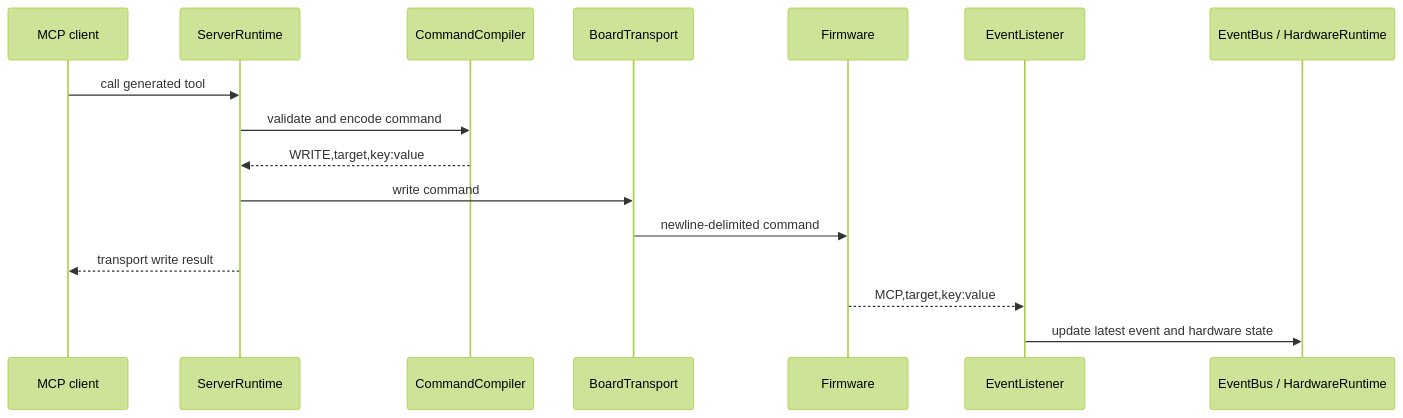
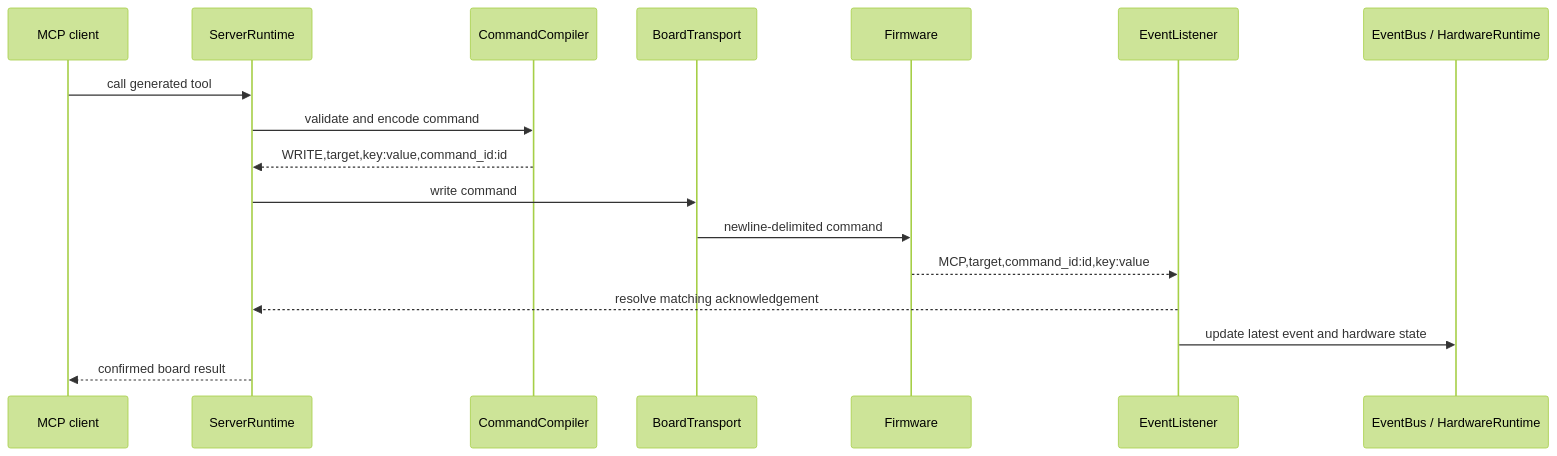
Before and after one commit to BaronLiu1993/gerbera: the third of 4 diagrams in README.md, drawn with Mermaid (forest theme). The commit also changed other lines of this file and 23 other files, not shown here.

````diff
--- a/README.md
+++ b/README.md
@@ -133,19 +138,20 @@
 ```mermaid
 sequenceDiagram
     participant Client as MCP client
     participant Server as ServerRuntime
     participant Compiler as CommandCompiler
     participant Transport as BoardTransport
     participant Firmware
     participant Listener as EventListener
     participant State as EventBus / HardwareRuntime
 
     Client->>Server: call generated tool
     Server->>Compiler: validate and encode command
-    Compiler-->>Server: WRITE,target,key:value
+    Compiler-->>Server: WRITE,target,key:value,command_id:id
     Server->>Transport: write command
     Transport->>Firmware: newline-delimited command
-    Server-->>Client: transport write result
-    Firmware-->>Listener: MCP,target,key:value
+    Firmware-->>Listener: MCP,target,command_id:id,key:value
+    Listener-->>Server: resolve matching acknowledgement
     Listener->>State: update latest event and hardware state
+    Server-->>Client: confirmed board result
 ```
````
